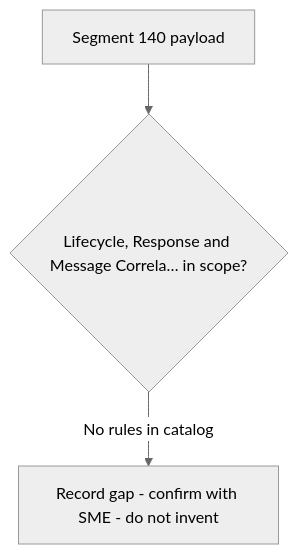
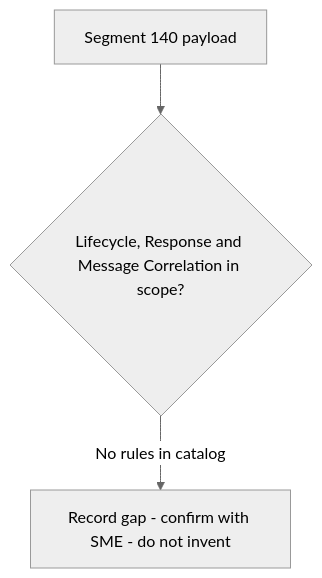
One commit to DhanSingh-hub/core-auth-ai-validation-framework changed the diagram in regression-artifact-validator/specifications/ATL105/docs/specs/kb/segment-140/lifecycle-response-correlation-flow.md. Above: the diagram before and after it, drawn with Mermaid (neutral theme). The commit also changed 150 other files, not shown here.

````diff
--- a/regression-artifact-validator/specifications/ATL105/docs/specs/kb/segment-140/lifecycle-response-correlation-flow.md
+++ b/regression-artifact-validator/specifications/ATL105/docs/specs/kb/segment-140/lifecycle-response-correlation-flow.md
@@ -3,5 +3,5 @@
 ```mermaid
 flowchart TD
-    A[Segment 140 payload] --> B{Lifecycle, Response and Message Correla… in scope?}
+    A[Segment 140 payload] --> B{Lifecycle, Response and Message Correlation in scope?}
     B -->|No rules in catalog| G[Record gap - confirm with SME - do not invent]
 ```
````
